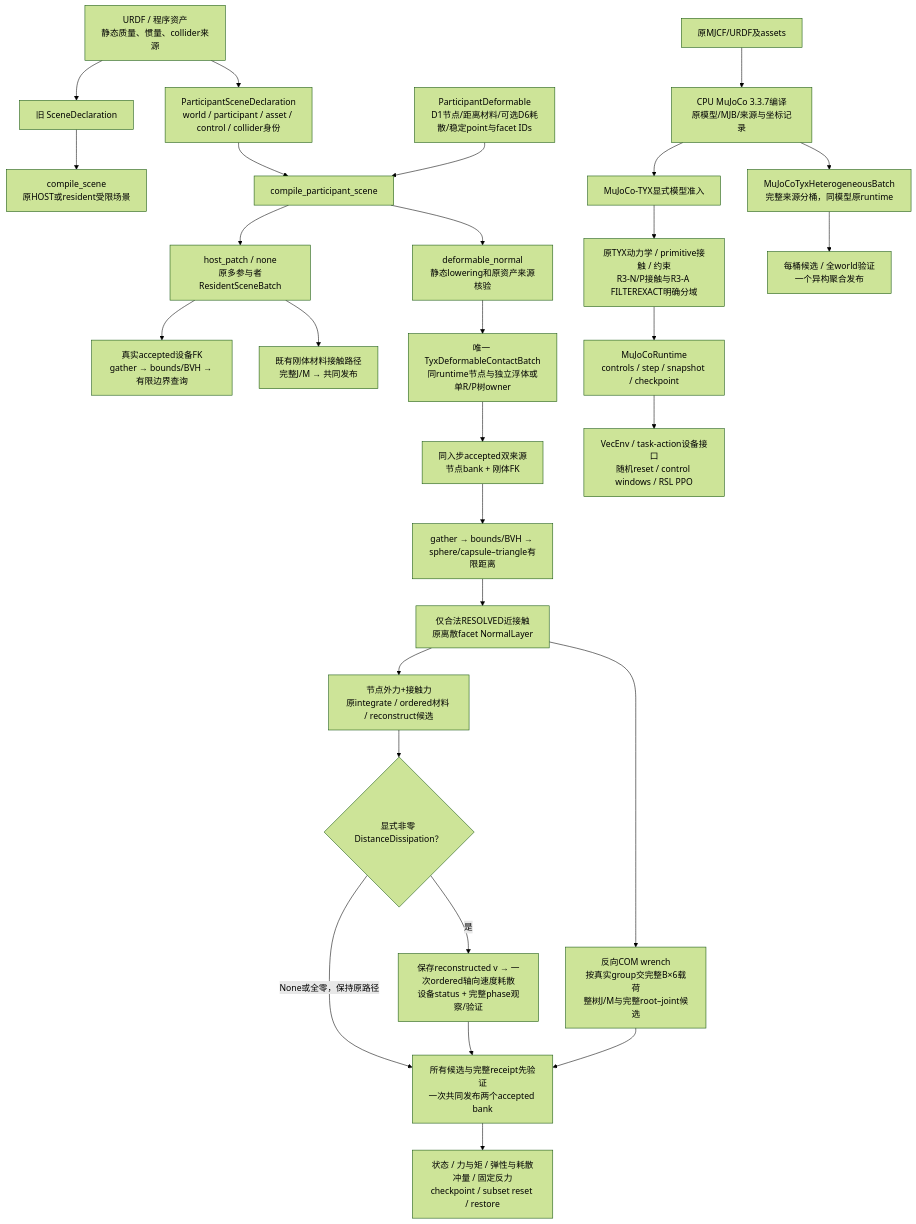
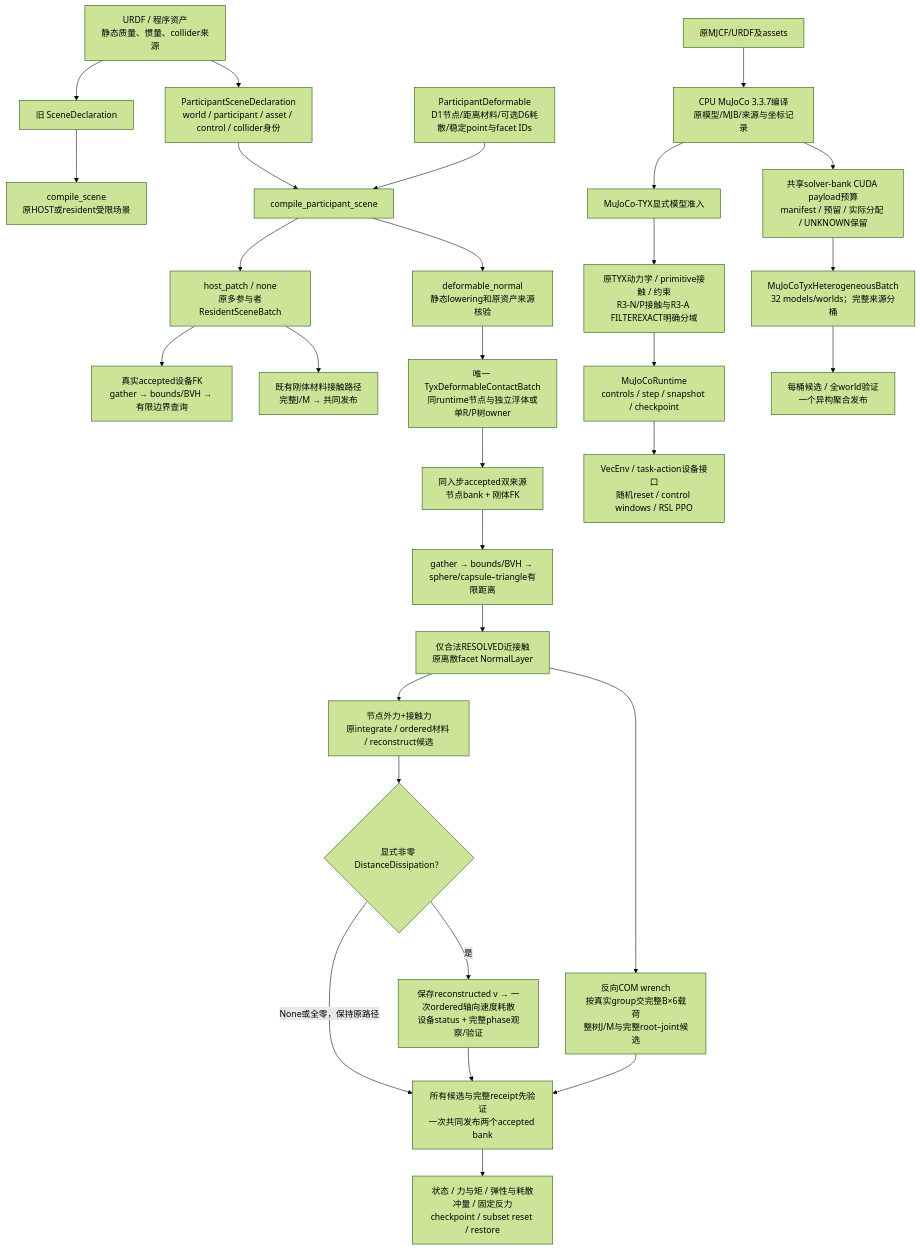
Before and after one commit to ChenxrC/phymeo: the diagram in docs/development/p65-feature-architecture-draft-20261113.md, drawn with Mermaid (forest theme). The commit also changed other lines of this file and 7 other files, not shown here.

```diff
--- a/docs/development/p65-feature-architecture-draft-20261113.md
+++ b/docs/development/p65-feature-architecture-draft-20261113.md
@@ -16,39 +16,40 @@
 ~~~mermaid
 flowchart TD
   Asset["URDF / 程序资产<br/>静态质量、惯量、collider来源"]
   OldDecl["旧 SceneDeclaration"]
   PDecl["ParticipantSceneDeclaration<br/>world / participant / asset / control / collider身份"]
   Asset --> OldDecl
   Asset --> PDecl
   OldDecl --> Old["compile_scene<br/>原HOST或resident受限场景"]
 
   PDecl --> Factory["compile_participant_scene"]
   Factory --> RScene["host_patch / none<br/>原多参与者ResidentSceneBatch"]
   RScene --> M1["真实accepted设备FK<br/>gather → bounds/BVH → 有限边界查询"]
   RScene --> RResponse["既有刚体材料接触路径<br/>完整J/M → 共同发布"]
 
   NodeDecl["ParticipantDeformable<br/>D1节点/距离材料/可选D6耗散/稳定point与facet IDs"]
   NodeDecl --> Factory
   Factory --> D5["deformable_normal<br/>静态lowering和原资产来源核验"]
   D5 --> Joint["唯一 TyxDeformableContactBatch<br/>同runtime节点与独立浮体或单R/P树owner"]
   Joint --> Dual["同入步accepted双来源<br/>节点bank + 刚体FK"]
   Dual --> D2["gather → bounds/BVH → sphere/capsule–triangle有限距离"]
   D2 --> Law["仅合法RESOLVED近接触<br/>原离散facet NormalLayer"]
   Law --> NodeCandidate["节点外力+接触力<br/>原integrate / ordered材料 / reconstruct候选"]
   Law --> RigidCandidate["反向COM wrench<br/>按真实group交完整B×6载荷<br/>整树J/M与完整root–joint候选"]
   NodeCandidate --> D6Choice{"显式非零 DistanceDissipation？"}
   D6Choice -->|是| D6["保存reconstructed v → 一次ordered轴向速度耗散<br/>设备status + 完整phase观察/验证"]
   D6Choice -->|None或全零，保持原路径| Commit["所有候选与完整receipt先验证<br/>一次共同发布两个accepted bank"]
   D6 --> Commit
   RigidCandidate --> Commit
   Commit --> Public["状态 / 力与矩 / 弹性与耗散冲量 / 固定反力<br/>checkpoint / subset reset / restore"]
 
   Native["原MJCF/URDF及assets"]
   Native --> Compile["CPU MuJoCo 3.3.7编译<br/>原模型/MJB/来源与坐标记录"]
   Compile --> Admission["MuJoCo-TYX显式模型准入"]
   Admission --> NativeTYX["原TYX动力学 / primitive接触 / 约束<br/>R3-N/P接触与R3-A FILTEREXACT明确分域"]
   NativeTYX --> NativeRuntime["MuJoCoRuntime<br/>controls / step / snapshot / checkpoint"]
   NativeRuntime --> Train["VecEnv / task-action设备接口<br/>随机reset / control windows / RSL PPO"]
-  Compile --> Buckets["MuJoCoTyxHeterogeneousBatch<br/>完整来源分桶，同模型原runtime"]
+  Compile --> Budget["共享solver-bank CUDA payload预算<br/>manifest / 预留 / 实际分配 / UNKNOWN保留"]
+  Budget --> Buckets["MuJoCoTyxHeterogeneousBatch<br/>32 models/worlds；完整来源分桶"]
   Buckets --> Multi["每桶候选 / 全world验证<br/>一个异构聚合发布"]
 ~~~
```
